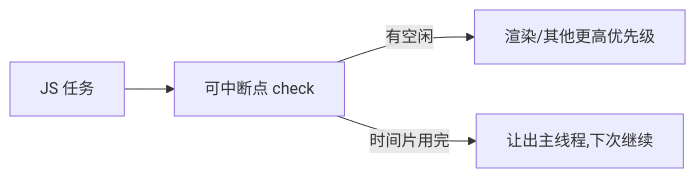
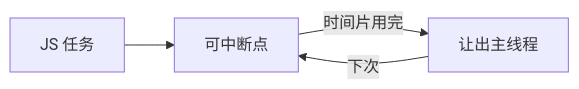
One commit to inspire-man/frontend-knowledge-base changed the second of 2 diagrams in frontend-knowledge-base/卷七-框架核心React/7.3-协调与Fiber.md. Above: the diagram before and after it, drawn with Mermaid. The commit also changed other lines of this file and 7 other files, not shown here.

````diff
--- a/frontend-knowledge-base/卷七-框架核心React/7.3-协调与Fiber.md
+++ b/frontend-knowledge-base/卷七-框架核心React/7.3-协调与Fiber.md
@@ -26,6 +33,6 @@
 ```mermaid
 flowchart LR
-    A[JS 任务] --> B[可中断点 check]
-    B -->|有空闲| C[渲染/其他更高优先级]
-    B -->|时间片用完| D[让出主线程,下次继续]
+    A[JS 任务] --> B[可中断点]
+    B -->|时间片用完| C[让出主线程]
+    C -->|下次| B
 ```
````
